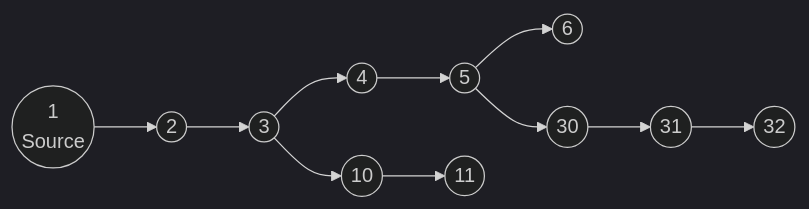
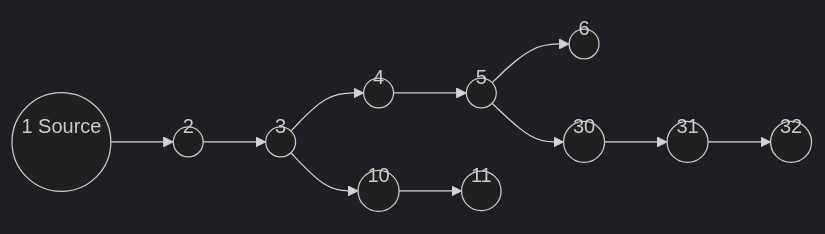
One commit to julien-fontan/HeatPilot-RL changed the diagram in README.md. Above: the diagram before and after it, drawn with Mermaid (dark theme). The commit also changed other lines of this file, not shown here.

````diff
--- a/README.md
+++ b/README.md
@@ -20,15 +20,15 @@
 ```mermaid
 graph LR
-    1((1<br/>Source)) --> 2((2))
-    2 --> 3((3))
-    3 --> 4((4))
-    4 --> 5((5))
-    5 --> 6((6))
+    1((1 Source<br/>&nbsp;)) --> 2((2<br/>&nbsp;))
+    2 --> 3((3<br/>&nbsp;))
+    3 --> 4((4<br/>&nbsp;))
+    4 --> 5((5<br/>&nbsp;))
+    5 --> 6((6<br/>&nbsp;))
 
-    3 --> 10((10))
-    10 --> 11((11))
+    3 --> 10((10<br/>&nbsp;))
+    10 --> 11((11<br/>&nbsp;))
 
-    5 --> 30((30))
-    30 --> 31((31))
-    31 --> 32((32))
+    5 --> 30((30<br/>&nbsp;))
+    30 --> 31((31<br/>&nbsp;))
+    31 --> 32((32<br/>&nbsp;))
 ```
````
